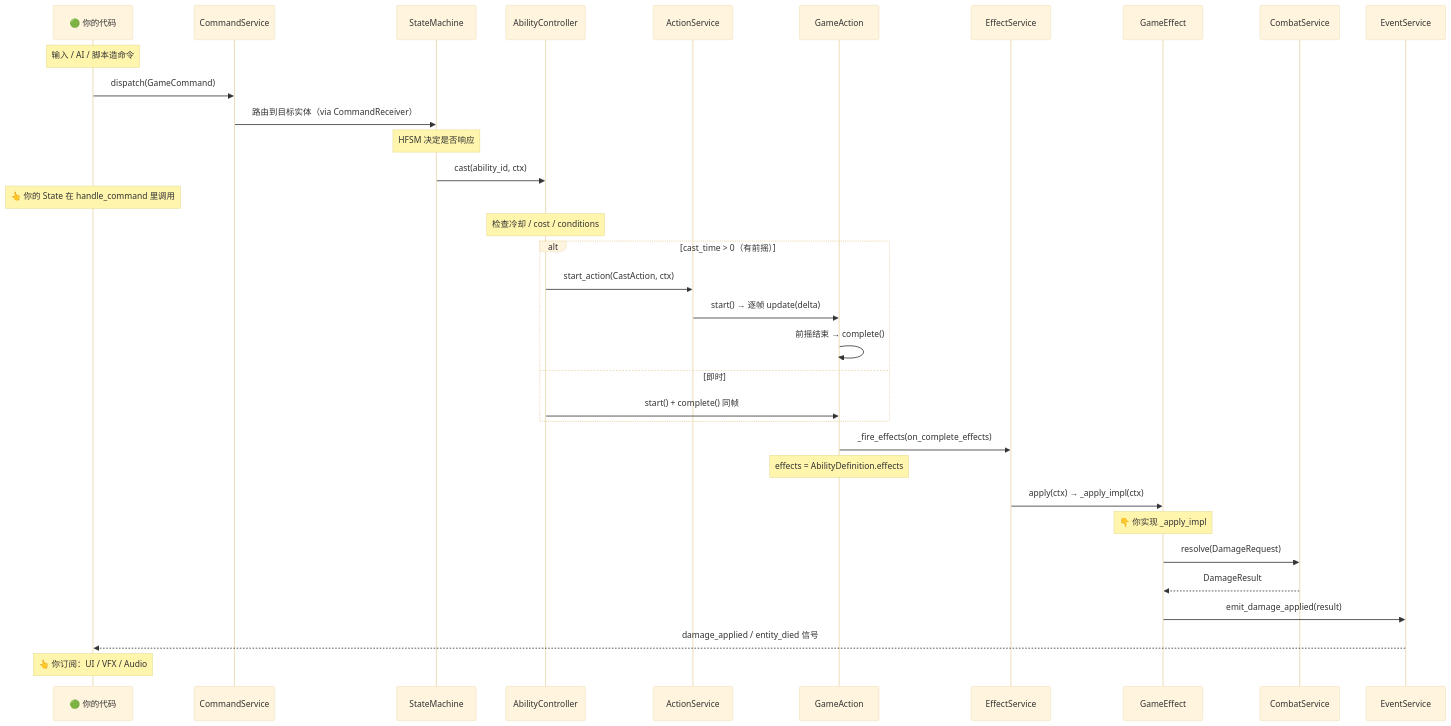
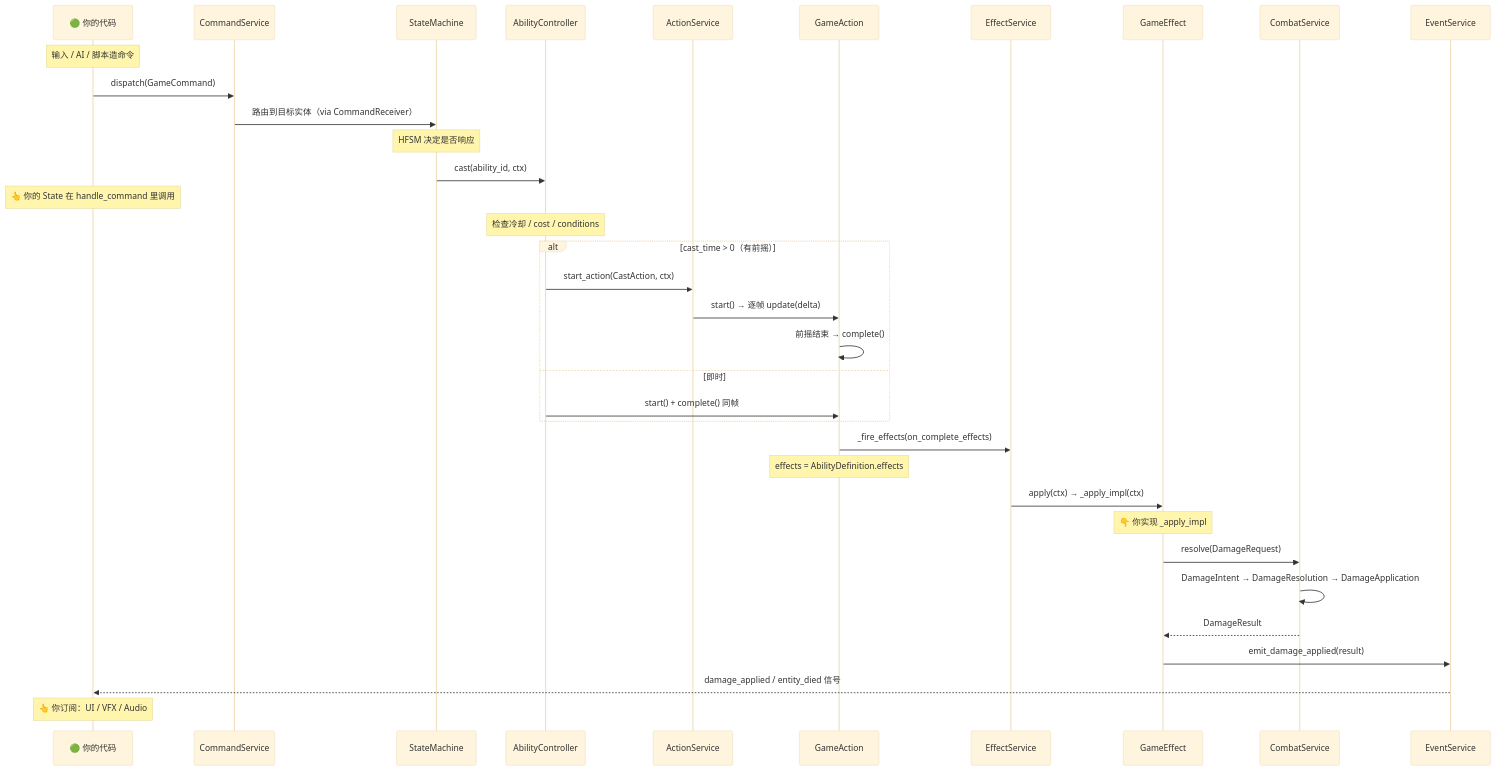
One commit to xiaofeiqiu/mkit changed the third of 5 diagrams in docs/concepts.md. Above: the diagram before and after it, drawn with Mermaid (base theme). The commit also changed other lines of this file and 32 other files, not shown here.

````diff
--- a/docs/concepts.md
+++ b/docs/concepts.md
@@ -92,37 +131,38 @@
 ```mermaid
 sequenceDiagram
     participant You as 🟢 你的代码
     participant CS as CommandService
     participant SM as StateMachine
     participant AC as AbilityController
     participant AS as ActionService
     participant GA as GameAction
     participant ES as EffectService
     participant GE as GameEffect
     participant Combat as CombatService
     participant EV as EventService
 
     Note over You: 输入 / AI / 脚本造命令
     You->>CS: dispatch(GameCommand)
     CS->>SM: 路由到目标实体（via CommandReceiver）
     Note over SM: HFSM 决定是否响应
     SM->>AC: cast(ability_id, ctx)
     Note over You: 👆 你的 State 在 handle_command 里调用
     Note over AC: 检查冷却 / cost / conditions
     alt cast_time > 0（有前摇）
         AC->>AS: start_action(CastAction, ctx)
         AS->>GA: start() → 逐帧 update(delta)
         GA->>GA: 前摇结束 → complete()
     else 即时
         AC->>GA: start() + complete() 同帧
     end
     GA->>ES: _fire_effects(on_complete_effects)
     Note over GA: effects = AbilityDefinition.effects
     ES->>GE: apply(ctx) → _apply_impl(ctx)
     Note over GE: 👇 你实现 _apply_impl
     GE->>Combat: resolve(DamageRequest)
+    Combat->>Combat: DamageIntent → DamageResolution → DamageApplication
     Combat-->>GE: DamageResult
     GE->>EV: emit_damage_applied(result)
     EV-->>You: damage_applied / entity_died 信号
     Note over You: 👆 你订阅：UI / VFX / Audio
 ```
````
